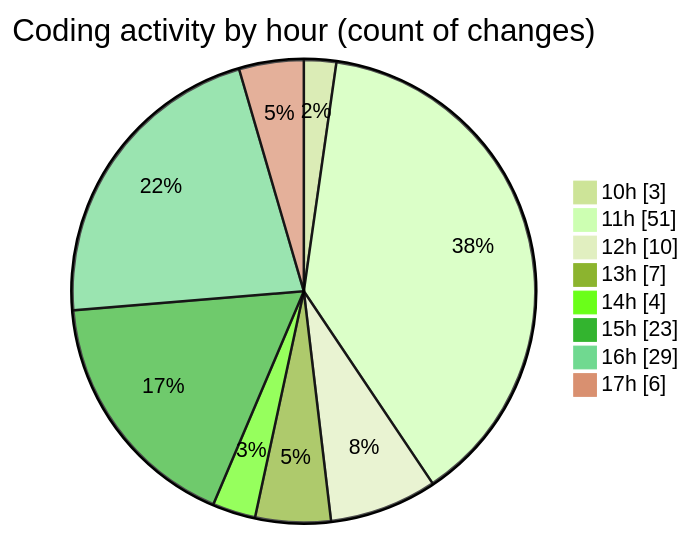
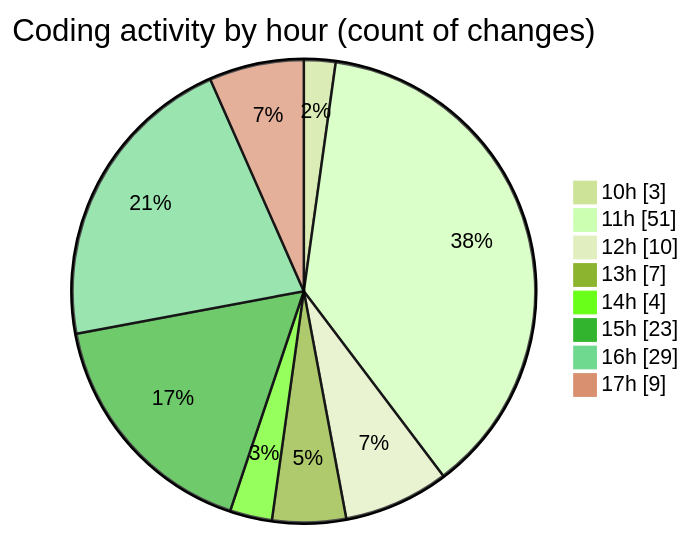
The second of 2 diagrams in 2025-07-11/argos/README.md (nxtqubesakshisongat/code-tracking), drawn with Mermaid (forest theme) before and after one commit. The commit also changed other lines of this file and 1 other file, not shown here.

````diff
--- a/2025-07-11/argos/README.md
+++ b/2025-07-11/argos/README.md
@@ -36,12 +36,12 @@
 ```mermaid
 pie showData
 title Coding activity by hour (count of changes)
 "10h" : 3
 "11h" : 51
 "12h" : 10
 "13h" : 7
 "14h" : 4
 "15h" : 23
 "16h" : 29
-"17h" : 6
+"17h" : 9
 ```
````
